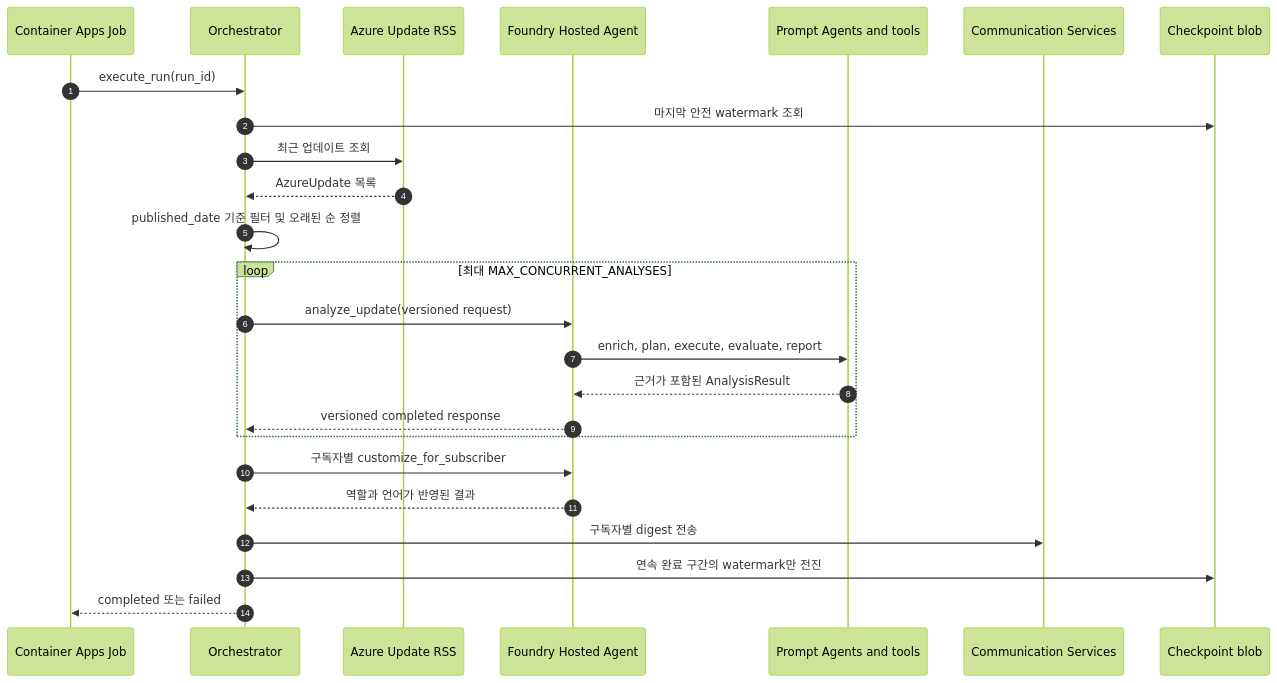
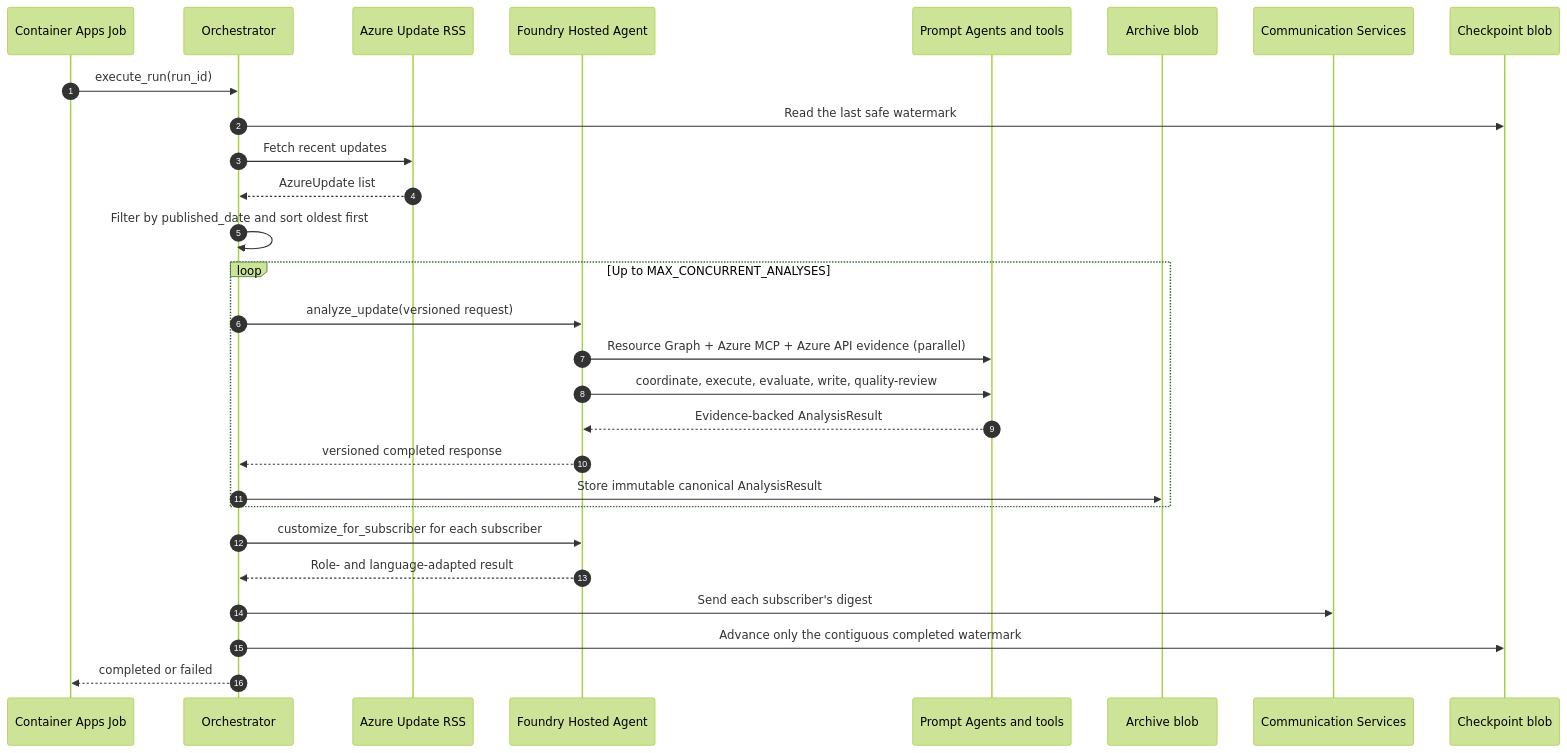
Before and after one commit to Networkdog/AzBriefEnterprise: the first of 2 diagrams in README.md, drawn with Mermaid (forest theme). The commit also changed other lines of this file and 105 other files, not shown here.

First line of the commit message:
Add unit tests for Azure Billing and Quality Campaign services

````diff
--- a/README.md
+++ b/README.md
@@ -231,28 +247,31 @@
 ```mermaid
 sequenceDiagram
    autonumber
    participant Job as Container Apps Job
    participant CP as Orchestrator
    participant RSS as Azure Update RSS
    participant HA as Foundry Hosted Agent
    participant PA as Prompt Agents and tools
+  participant Archive as Archive blob
    participant Mail as Communication Services
    participant State as Checkpoint blob
 
    Job->>CP: execute_run(run_id)
-   CP->>State: 마지막 안전 watermark 조회
-   CP->>RSS: 최근 업데이트 조회
-   RSS-->>CP: AzureUpdate 목록
-   CP->>CP: published_date 기준 필터 및 오래된 순 정렬
-   loop 최대 MAX_CONCURRENT_ANALYSES
+  CP->>State: Read the last safe watermark
+  CP->>RSS: Fetch recent updates
+  RSS-->>CP: AzureUpdate list
+  CP->>CP: Filter by published_date and sort oldest first
+  loop Up to MAX_CONCURRENT_ANALYSES
       CP->>HA: analyze_update(versioned request)
-      HA->>PA: enrich, plan, execute, evaluate, report
-      PA-->>HA: 근거가 포함된 AnalysisResult
+      HA->>PA: Resource Graph + Azure MCP + Azure API evidence (parallel)
+      HA->>PA: coordinate, execute, evaluate, write, quality-review
+    PA-->>HA: Evidence-backed AnalysisResult
       HA-->>CP: versioned completed response
+    CP->>Archive: Store immutable canonical AnalysisResult
    end
-   CP->>HA: 구독자별 customize_for_subscriber
-   HA-->>CP: 역할과 언어가 반영된 결과
-   CP->>Mail: 구독자별 digest 전송
-   CP->>State: 연속 완료 구간의 watermark만 전진
-   CP-->>Job: completed 또는 failed
+  CP->>HA: customize_for_subscriber for each subscriber
+  HA-->>CP: Role- and language-adapted result
+  CP->>Mail: Send each subscriber's digest
+  CP->>State: Advance only the contiguous completed watermark
+  CP-->>Job: completed or failed
 ```
````
